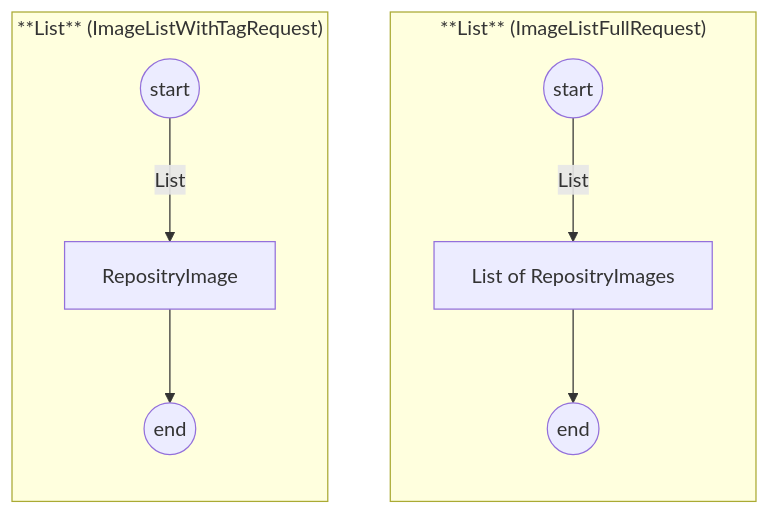
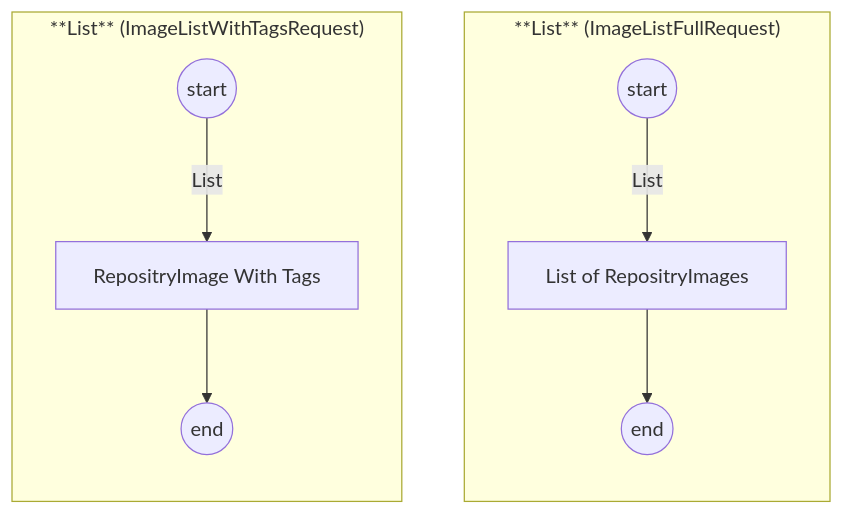
Before and after one commit to sdlfly2000/RegistryManager: the first of 2 diagrams in UML/Application.Service.Image.md, drawn with Mermaid. The commit also changed other lines of this file and 23 other files, not shown here.

````diff
--- a/UML/Application.Service.Image.md
+++ b/UML/Application.Service.Image.md
@@ -3,23 +3,23 @@
 ```mermaid
     graph TB    
         subgraph List["**List** (ImageListFullRequest)"]
             direction TB
             start1((start))
             Image1[List of RepositryImages]
             termination1((end))
 
             %%{relationship}%%
             start1 --"List"--> Image1 --> termination1
         end
 
-        subgraph List2["**List** (ImageListWithTagRequest)"]
+        subgraph List2["**List** (ImageListWithTagsRequest)"]
             direction TB
             start2((start))
-            Image2[RepositryImage]
+            Image2[RepositryImage With Tags]
             termination2((end))
 
             %%{relationship}%%
             start2 --"List"--> Image2 --> termination2
         end
 
 ```
````
